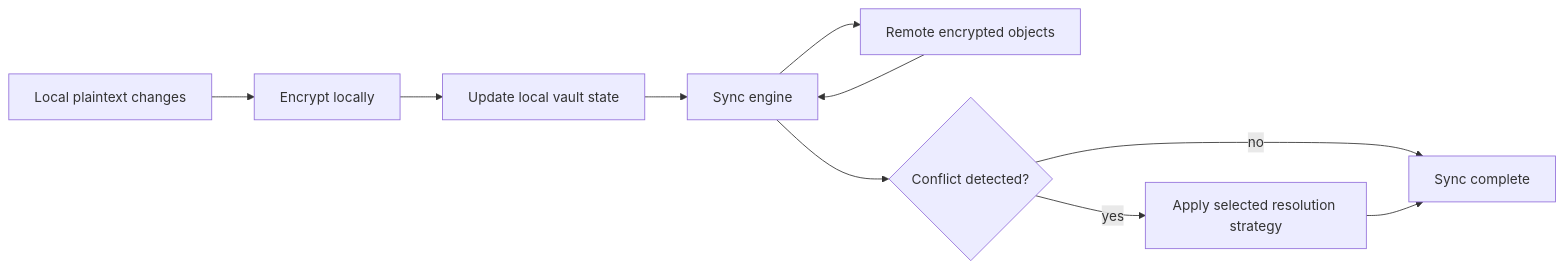
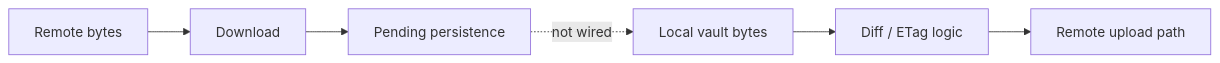
Before and after one commit to axiom-vault/axiom-vault.github.io: the diagram in src/sync-and-cloud.md, drawn with Mermaid. The commit also changed other lines of this file and 8 other files, not shown here.

````diff
--- a/src/sync-and-cloud.md
+++ b/src/sync-and-cloud.md
@@ -30,12 +21,8 @@
 ```mermaid
 flowchart LR
-    L[Local plaintext changes] --> E[Encrypt locally]
-    E --> V[Update local vault state]
-    V --> S[Sync engine]
-    S --> R[Remote encrypted objects]
-    R --> S
-    S --> C{Conflict detected?}
-    C -- no --> D[Sync complete]
-    C -- yes --> H[Apply selected resolution strategy]
-    H --> D
+    L[Local vault bytes] --> D[Diff / ETag logic]
+    D --> U[Remote upload path]
+    R[Remote bytes] --> X[Download]
+    X --> P[Pending persistence]
+    P -. not wired .-> L
 ```
````
